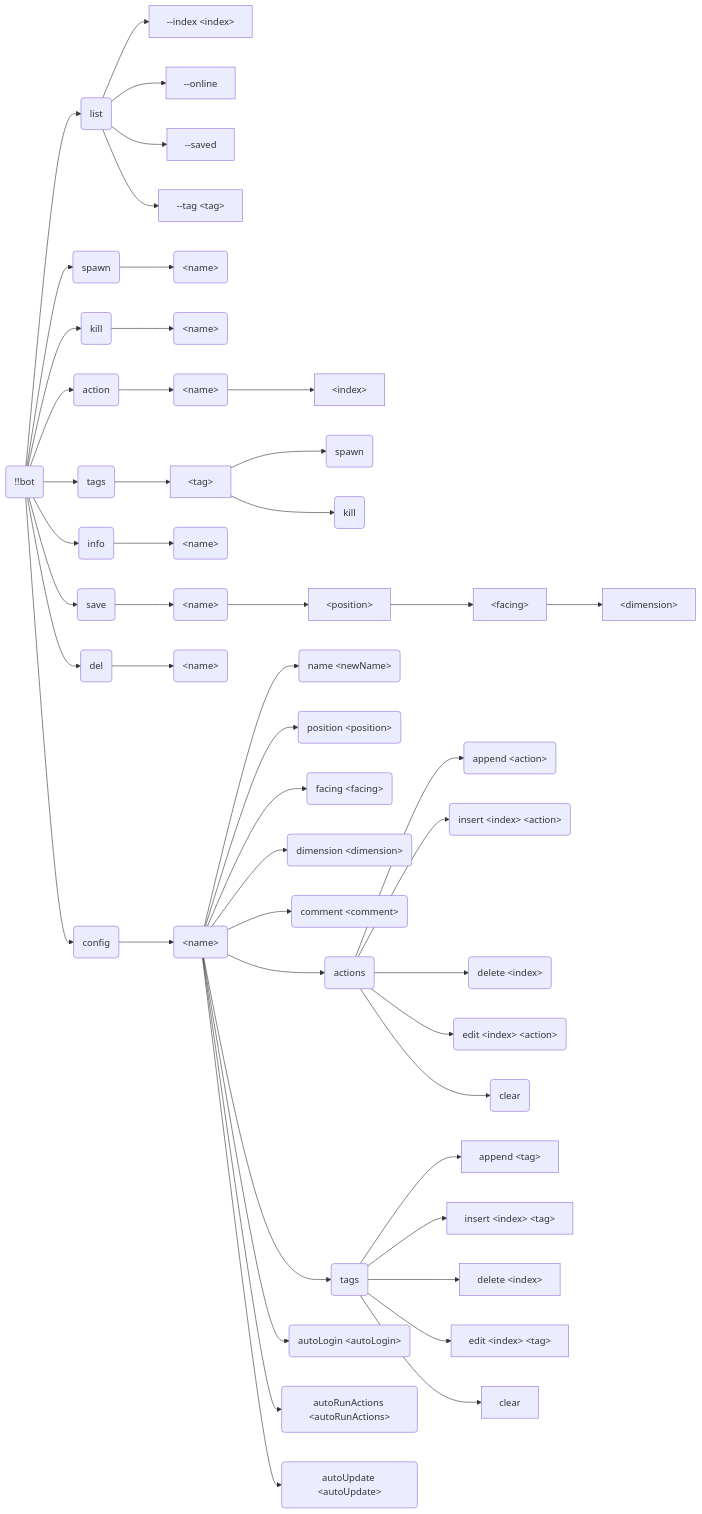
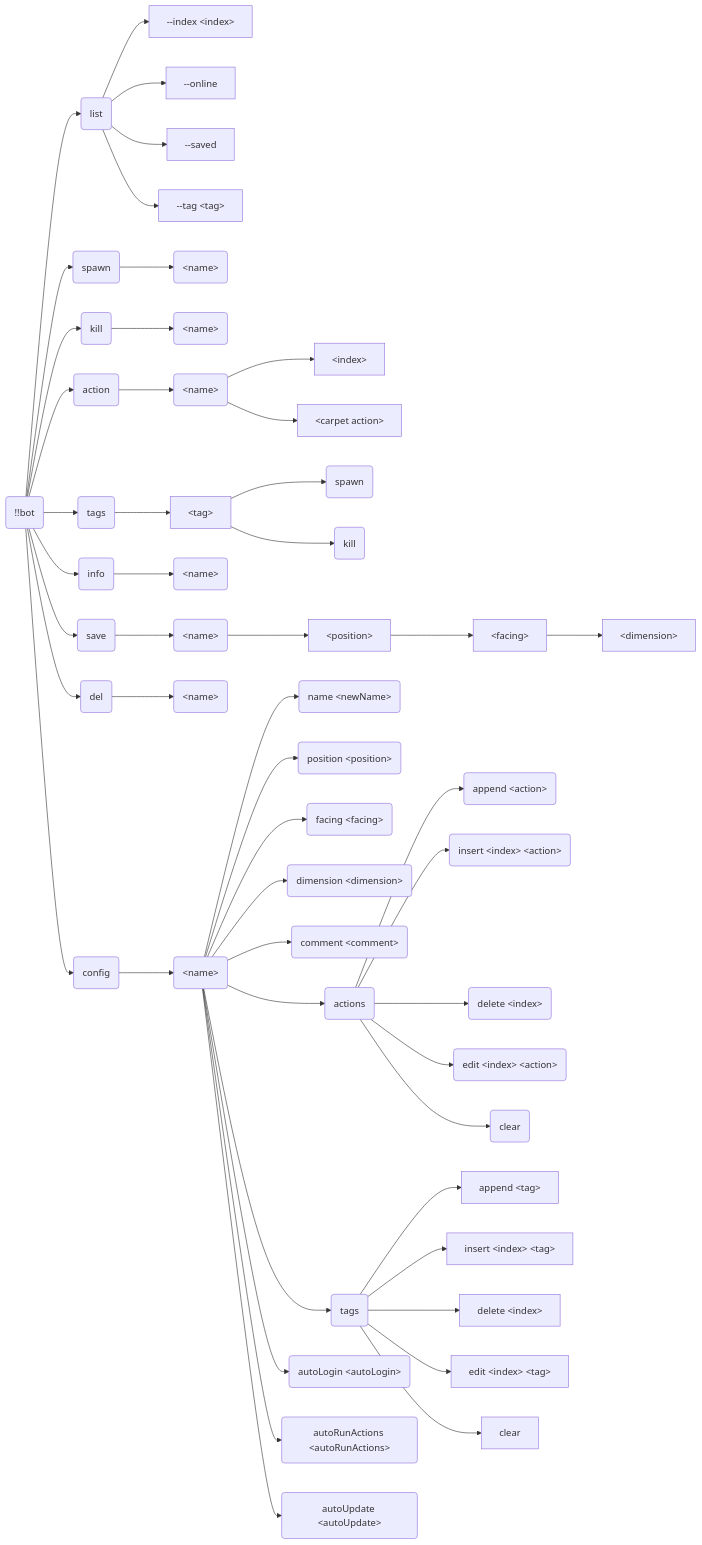
Before and after one commit to AnzhiZhang/MCDReforgedPlugins: the fourth of 4 diagrams in src/bot/readme.md, drawn with Mermaid. The commit also changed other lines of this file and 13 other files, not shown here.

````diff
--- a/src/bot/readme.md
+++ b/src/bot/readme.md
@@ -136,62 +161,63 @@
 ```mermaid
 flowchart LR
     start(!!bot)
 
     start --> list(list)
     list --> list_index["--index &lt;index&gt;"]
     list --> list_online[--online]
     list --> list_saved[--saved]
     list --> list_tag["--tag &lt;tag&gt;"]
 
     start --> spawn(spawn)
     spawn --> spawn_name("&lt;name&gt;")
 
     start --> kill(kill)
     kill --> kill_name("&lt;name&gt;")
 
     start --> action(action)
     action --> action_name("&lt;name&gt;")
     action_name --> action_name_index["&lt;index&gt;"]
+    action_name --> action_name_carpet["&lt;carpet action&gt;"]
 
     start --> tags(tags)
     tags --> tags_tag["&lt;tag&gt;"]
     tags_tag --> tags_tag_spawn(spawn)
     tags_tag --> tags_tag_kill(kill)
 
     start --> info(info)
     info --> info_name("&lt;name&gt;")
 
     start --> save(save)
     save --> save_name("&lt;name&gt;")
     save_name --> save_name_position["&lt;position&gt;"]
     save_name_position --> save_name_position_facing["&lt;facing&gt;"]
     save_name_position_facing --> save_name_position_facing_dimension["&lt;dimension&gt;"]
 
     start --> del(del)
     del --> del_name("&lt;name&gt;")
 
     start --> config(config)
     config --> config_name("&lt;name&gt;")
     config_name --> config_name_name("name &lt;newName&gt;")
     config_name --> config_name_position("position &lt;position&gt;")
     config_name --> config_name_facing("facing &lt;facing&gt;")
     config_name --> config_name_dimension("dimension &lt;dimension&gt;")
     config_name --> config_name_comment("comment &lt;comment&gt;")
     config_name --> config_name_actions(actions)
     config_name --> config_name_tags(tags)
     config_name --> config_name_autoLogin("autoLogin &lt;autoLogin&gt;")
     config_name --> config_name_autoRunActions("autoRunActions &lt;autoRunActions&gt;")
     config_name --> config_name_autoUpdate("autoUpdate &lt;autoUpdate&gt;")
 
     config_name_actions --> config_name_actions_append("append &lt;action&gt;")
     config_name_actions --> config_name_actions_insert("insert &lt;index&gt; &lt;action&gt;")
     config_name_actions --> config_name_actions_delete("delete &lt;index&gt")
     config_name_actions --> config_name_actions_edit("edit &lt;index&gt; &lt;action&gt;")
     config_name_actions --> config_name_actions_clear(clear)
 
     config_name_tags --> config_name_tags_append["append &lt;tag&gt;"]
     config_name_tags --> config_name_tags_insert["insert &lt;index&gt; &lt;tag&gt;"]
     config_name_tags --> config_name_tags_delete["delete &lt;index&gt"]
     config_name_tags --> config_name_tags_edit["edit &lt;index&gt; &lt;tag&gt;"]
     config_name_tags --> config_name_tags_clear[clear]
 ```
````
